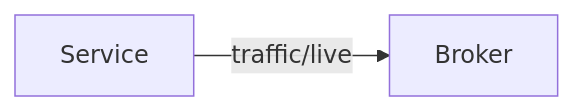
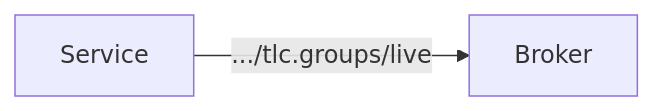
The second of 3 diagrams in docs/pages/streams.md (rsmp-nordic/rsmp_core_v4), drawn with Mermaid before and after one commit. The commit also changed other lines of this file and 5 other files, not shown here.

````diff
--- a/docs/pages/streams.md
+++ b/docs/pages/streams.md
@@ -47,4 +133,4 @@
 ```mermaid
 graph LR
-A[Service] -->|traffic/live| Broker
+A[Service] -->|.../tlc.groups/live| Broker
 ```
````
